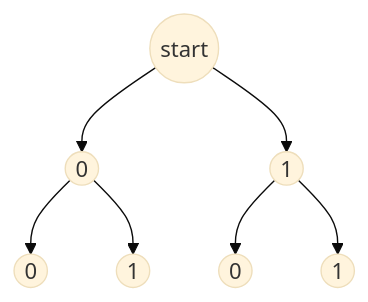
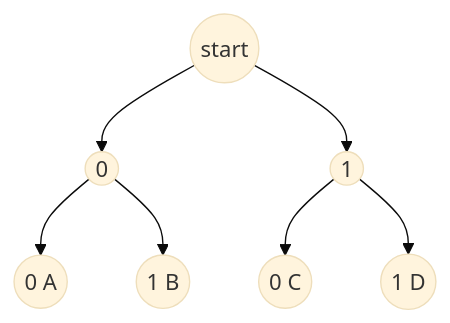
The diagram in subjects/computation-structures.md (otthtml/pei), drawn with Mermaid (base theme) before and after one commit.

Commit message:
computation structures 3

````diff
--- a/subjects/computation-structures.md
+++ b/subjects/computation-structures.md
@@ -27,9 +27,9 @@
 ```mermaid
 graph TB;
     A((start))-->B((0))
     A-->C((1));
-    B-->E((0))
-    B-->F((1))
-    C-->H((0))
-    C-->I((1))
+    B-->E((0 A))
+    B-->F((1 B))
+    C-->H((0 C))
+    C-->I((1 D))
 ```
````
